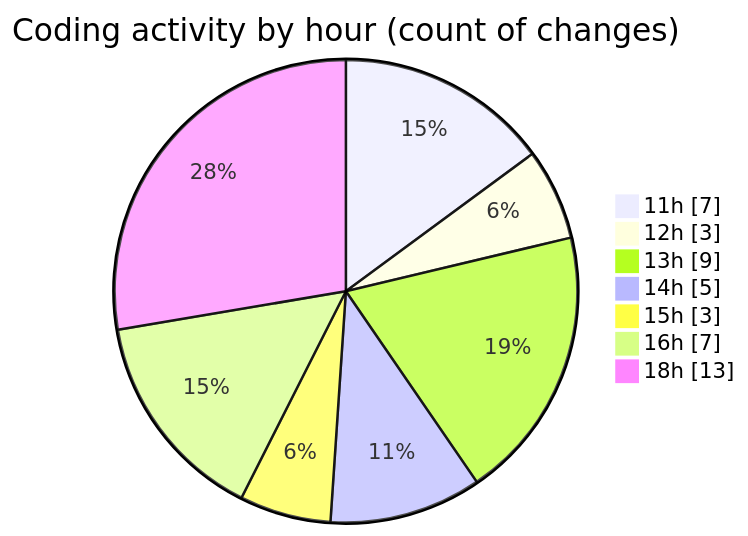
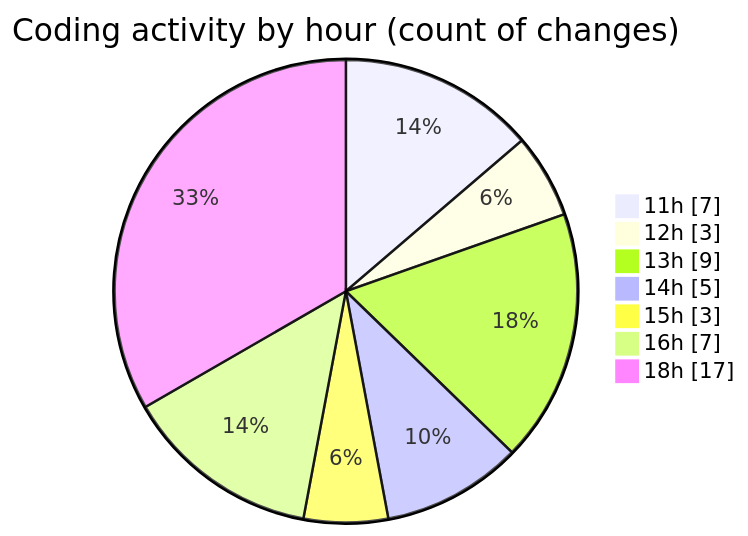
One commit to julien-gomy/code-tracking changed the second of 2 diagrams in 2025-10-20/usr_aleoudev_fr__workspace_/README.md. Above: the diagram before and after it, drawn with Mermaid. The commit also changed other lines of this file and 1 other file, not shown here.

````diff
--- a/2025-10-20/usr_aleoudev_fr__workspace_/README.md
+++ b/2025-10-20/usr_aleoudev_fr__workspace_/README.md
@@ -34,11 +34,11 @@
 ```mermaid
 pie showData
 title Coding activity by hour (count of changes)
 "11h" : 7
 "12h" : 3
 "13h" : 9
 "14h" : 5
 "15h" : 3
 "16h" : 7
-"18h" : 13
+"18h" : 17
 ```
````
